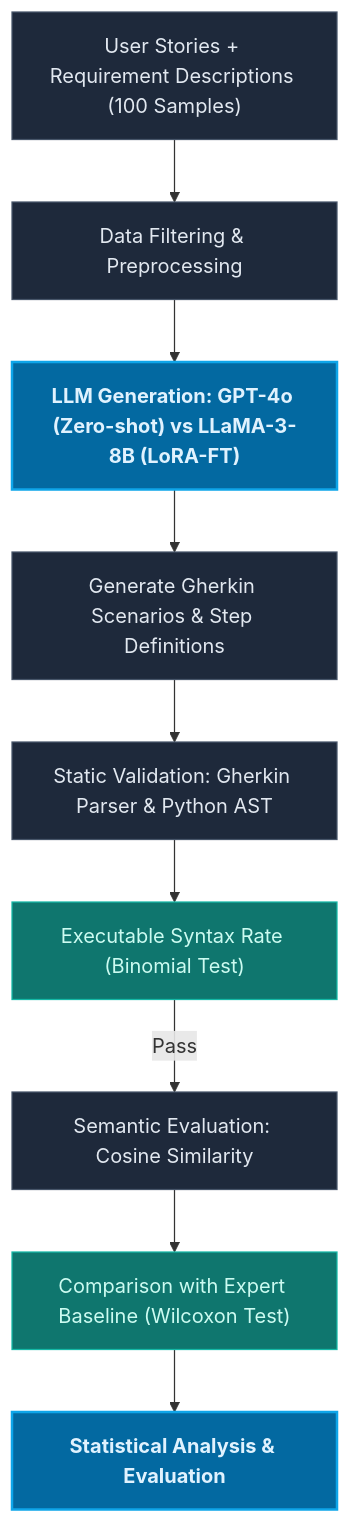
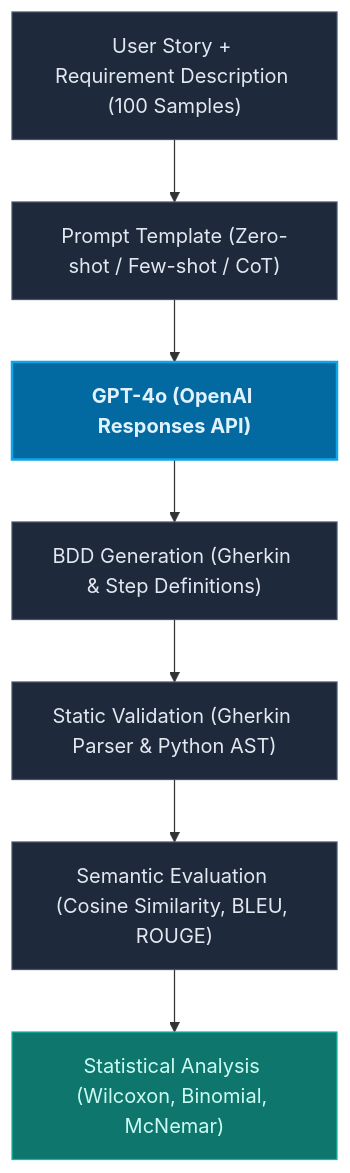
One commit to Lorden13/RT-SWT-001-Gr2 changed the diagram in team-synthesis/gap-analysis.md. Above: the diagram before and after it, drawn with Mermaid. The commit also changed other lines of this file and 2 other files, not shown here.

Commit message:
docs: update proposal, hypotheses and gap analysis for final experiment
- Update proposal to match GPT-4o implementation
- Revise research hypotheses (H0/H1) and statistical mapping
- Update GAP analysis for prompt engineering study
- Align experimental pipeline and timeline
- Improve consistency across research documents

````diff
--- a/team-synthesis/gap-analysis.md
+++ b/team-synthesis/gap-analysis.md
@@ -107,15 +107,13 @@
 ```mermaid
 flowchart TD
     classDef default fill:#1e293b,stroke:#475569,stroke-width:1px,color:#e2e8f0;
     classDef highlight fill:#0369a1,stroke:#0ea5e9,stroke-width:2px,color:#e0f2fe,font-weight:bold;
     classDef success fill:#0f766e,stroke:#14b8a6,stroke-width:1px,color:#ccfbf1;
     
-    A["User Stories + Requirement Descriptions (100 Samples)"]:::default --> B["Data Filtering & Preprocessing"]:::default
-    B --> C["LLM Generation: GPT-4o (Zero-shot) vs LLaMA-3-8B (LoRA-FT)"]:::highlight
-    C --> D["Generate Gherkin Scenarios & Step Definitions"]:::default
-    D --> E["Static Validation: Gherkin Parser & Python AST"]:::default
-    E --> F["Executable Syntax Rate (Binomial Test)"]:::success
-    F -->|Pass| G["Semantic Evaluation: Cosine Similarity"]:::default
-    G --> H["Comparison with Expert Baseline (Wilcoxon Test)"]:::success
-    H --> I["Statistical Analysis & Evaluation"]:::highlight
+    A["User Story + Requirement Description (100 Samples)"]:::default --> B["Prompt Template (Zero-shot / Few-shot / CoT)"]:::default
+    B --> C["GPT-4o (OpenAI Responses API)"]:::highlight
+    C --> D["BDD Generation (Gherkin & Step Definitions)"]:::default
+    D --> E["Static Validation (Gherkin Parser & Python AST)"]:::default
+    E --> F["Semantic Evaluation (Cosine Similarity, BLEU, ROUGE)"]:::default
+    F --> G["Statistical Analysis (Wilcoxon, Binomial, McNemar)"]:::success
 ```
````
